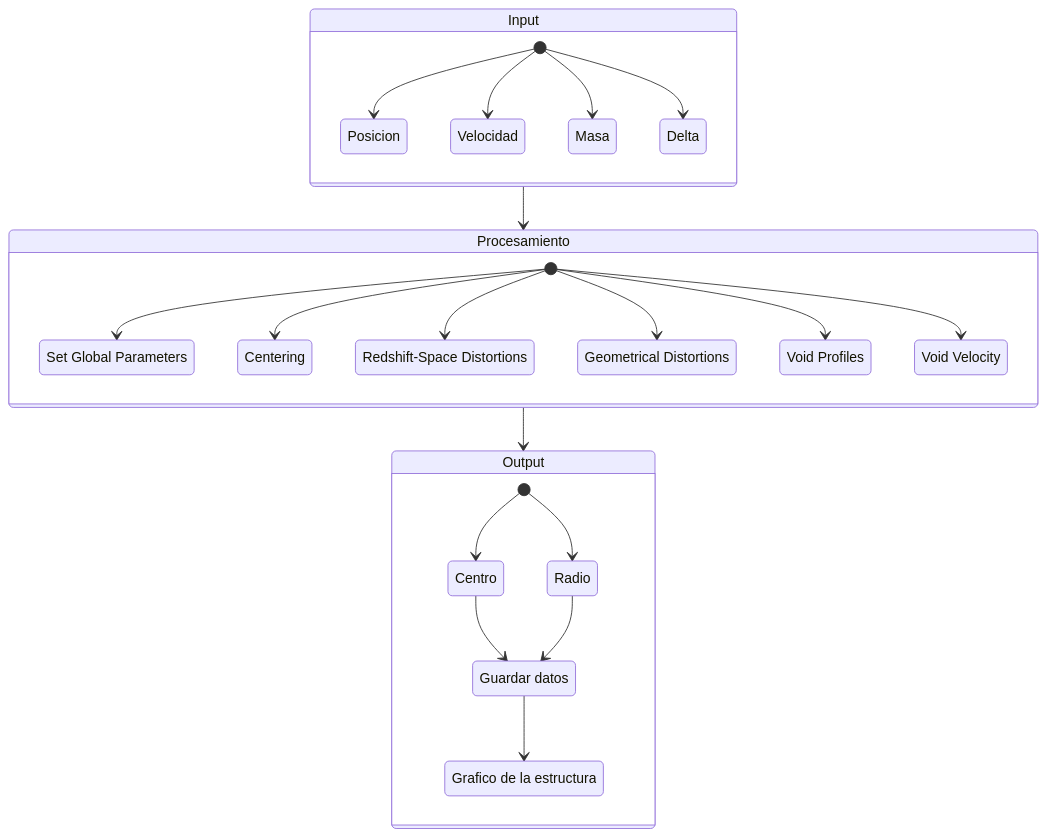
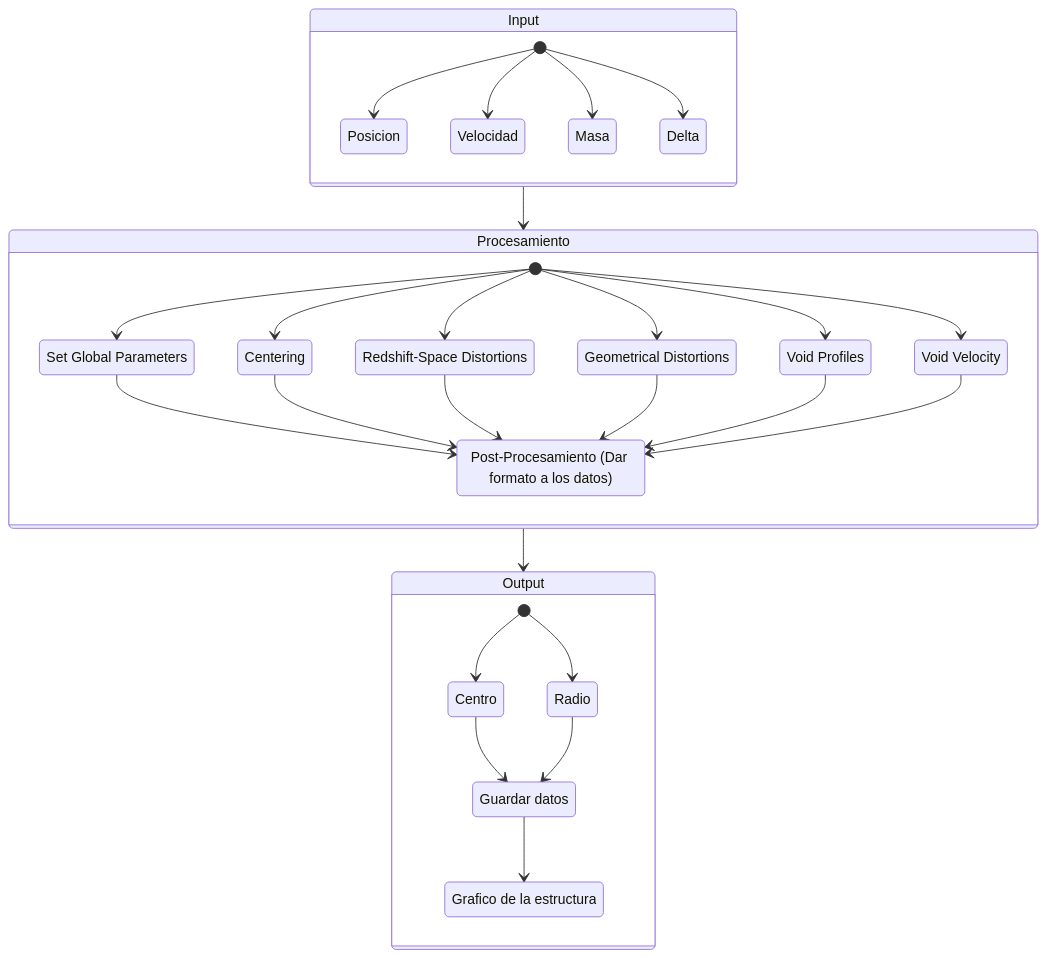
The first of 2 diagrams in README.md (FeD7791/voidFinderProject), drawn with Mermaid before and after one commit.

````diff
--- a/README.md
+++ b/README.md
@@ -43,43 +43,56 @@
 ```mermaid
   stateDiagram-v2
     
 
    Input --> Procesamiento
         state Input {
             [*]-->Posicion
             [*]-->Velocidad
             [*]-->Masa
             [*]-->Delta 
         }
 
         state Procesamiento {
             Element1: Set Global Parameters
             Element2: Centering
             Element3: Redshift-Space Distortions
             Element4: Geometrical Distortions
             Element5: Void Profiles
             Element6: Void Velocity
+            post: Post-Procesamiento (Dar formato a los datos)
             
             [*] --> Element1
             [*] --> Element2
             [*] --> Element3
             [*] --> Element4
             [*] --> Element5
             [*] --> Element6
+
+            Element1 --> post
+            Element2 --> post
+            Element3 --> post
+            Element4 --> post
+            Element5 --> post
+            Element6 --> post
+
+            
+
+
+
 
             
         }
     
     Procesamiento --> Output
         state Output {
                 centro: Centro
                 radio: Radio
                 save: Guardar datos
                 graph: Grafico de la estructura
                 [*] --> centro
                 [*] --> radio
                 centro --> save
                 radio --> save
                 save --> graph
             }
 ```
````
